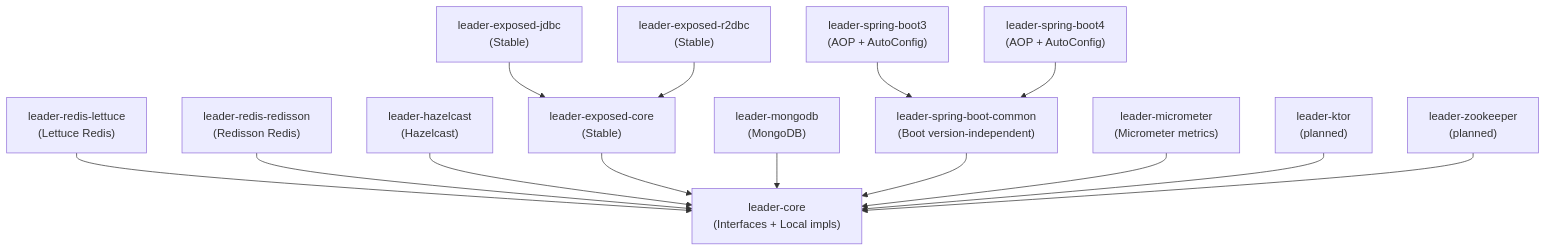
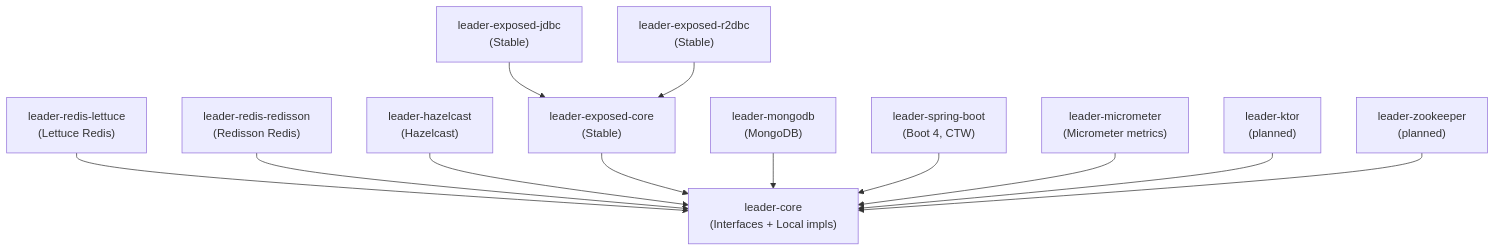
One commit to bluetape4k/bluetape4k-leader changed the first of 3 diagrams in README.md. Above: the diagram before and after it, drawn with Mermaid. The commit also changed other lines of this file and 147 other files, not shown here.

First line of the commit message:
feat: Spring Boot 3 드랍 — leader-spring-boot-common/3/4 → leader-spring-boot 단일 모듈 통합 (#104) (#105)

````diff
--- a/README.md
+++ b/README.md
@@ -25,31 +25,27 @@
 ```mermaid
 graph TD
     Core["leader-core\n(Interfaces + Local impls)"]
     Lettuce["leader-redis-lettuce\n(Lettuce Redis)"]
     Redisson["leader-redis-redisson\n(Redisson Redis)"]
     Hazelcast["leader-hazelcast\n(Hazelcast)"]
     ExposedCore["leader-exposed-core\n(Stable)"]
     ExposedJdbc["leader-exposed-jdbc\n(Stable)"]
     ExposedR2dbc["leader-exposed-r2dbc\n(Stable)"]
     Mongo["leader-mongodb\n(MongoDB)"]
-    SBCommon["leader-spring-boot-common\n(Boot version-independent)"]
-    SB3["leader-spring-boot3\n(AOP + AutoConfig)"]
-    SB4["leader-spring-boot4\n(AOP + AutoConfig)"]
+    SB["leader-spring-boot\n(Boot 4, CTW)"]
     Metrics["leader-micrometer\n(Micrometer metrics)"]
     Ktor["leader-ktor\n(planned)"]
     ZK["leader-zookeeper\n(planned)"]
 
     Lettuce --> Core
     Redisson --> Core
     Hazelcast --> Core
     ExposedCore --> Core
     ExposedJdbc --> ExposedCore
     ExposedR2dbc --> ExposedCore
     Mongo --> Core
-    SBCommon --> Core
-    SB3 --> SBCommon
-    SB4 --> SBCommon
+    SB --> Core
     Metrics --> Core
     Ktor --> Core
     ZK --> Core
 ```
````
